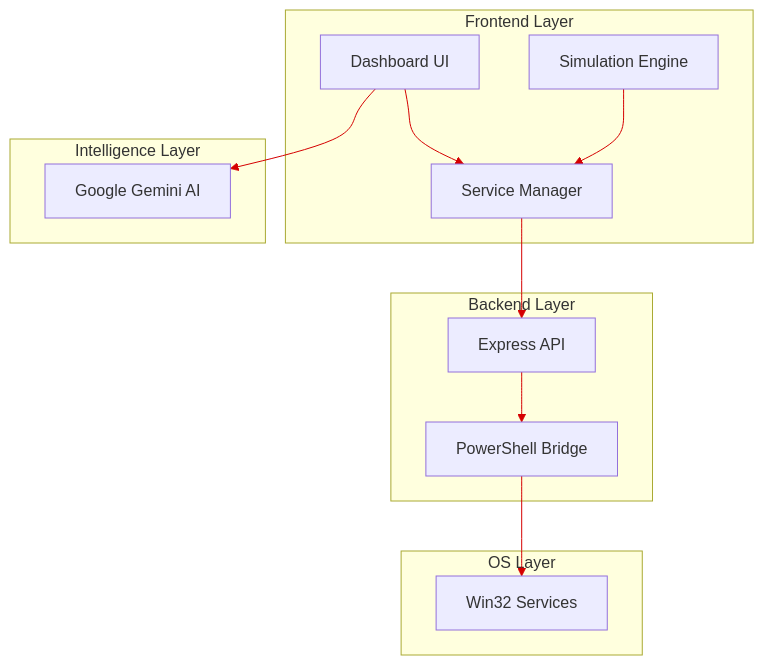
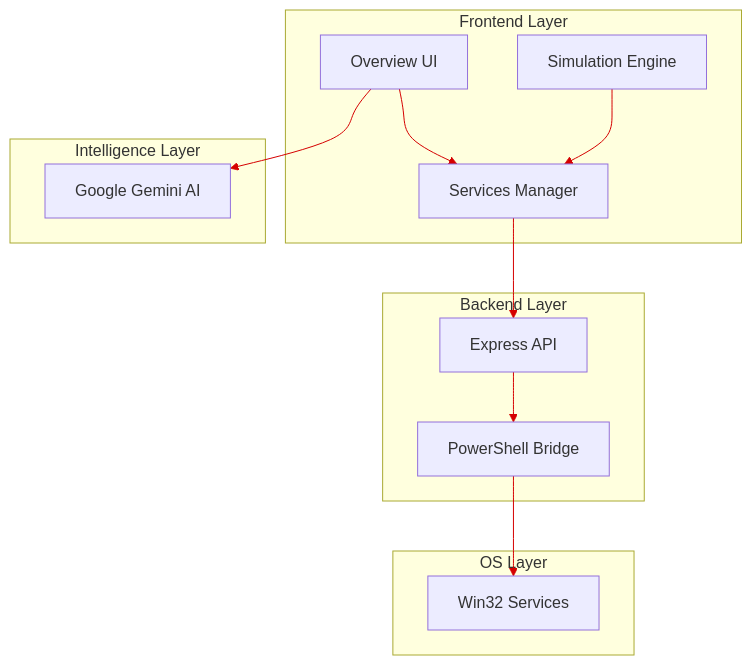
Before and after one commit to amirargani/UptimeSHIELD: the diagram in TECHNICAL_README.md, drawn with Mermaid. The commit also changed other lines of this file and 29 other files, not shown here.

````diff
--- a/TECHNICAL_README.md
+++ b/TECHNICAL_README.md
@@ -83,35 +82,35 @@
 ```mermaid
 graph TD
   subgraph subGraph0["Frontend Layer"]
-        UI["Dashboard UI"]
-        Manager["Service Manager"]
+        UI["Overview UI"]
+        Manager["Services Manager"]
         SIM["Simulation Engine"]
   end
 
   subgraph subGraph1["Backend Layer"]
         API["Express API"]
         PS["PowerShell Bridge"]
   end
 
   subgraph subGraph2["OS Layer"]
         Services["Win32 Services"]
   end
 
   subgraph subGraph3["Intelligence Layer"]
         Gemini["Google Gemini AI"]
   end
 
     UI --> Manager
     Manager --> API
     API --> PS
     PS --> Services
     SIM --> Manager
     UI --> Gemini
 
     linkStyle 0 stroke:#D50000,fill:none
     linkStyle 1 stroke:#D50000,fill:none
     linkStyle 2 stroke:#D50000,fill:none
     linkStyle 3 stroke:#D50000,fill:none
     linkStyle 4 stroke:#D50000,fill:none
     linkStyle 5 stroke:#D50000,fill:none
 ```
````
